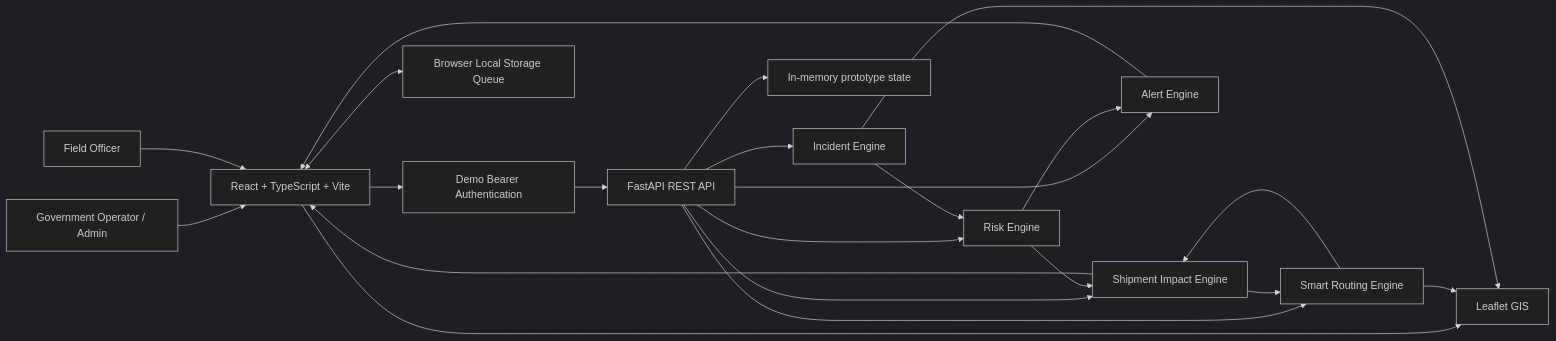
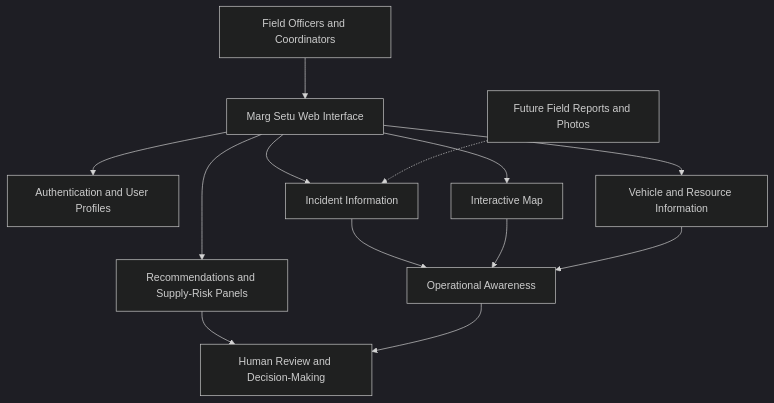
The diagram in README.md (Alliedbeast/MargSetu), drawn with Mermaid (dark theme) before and after one commit. The commit also changed other lines of this file, not shown here.

````diff
--- a/README.md
+++ b/README.md
@@ -72,46 +146,15 @@
 ```mermaid
-flowchart LR
-    U[Government Operator / Admin]
-    F[Field Officer]
-
-    UI[React + TypeScript + Vite]
-    MAP[Leaflet GIS]
-    API[FastAPI REST API]
-    AUTH[Demo Bearer Authentication]
-
-    RISK[Risk Engine]
-    INCIDENT[Incident Engine]
-    ROUTE[Smart Routing Engine]
-    SHIP[Shipment Impact Engine]
-    ALERT[Alert Engine]
-
-    STORE[In-memory prototype state]
-    LOCAL[Browser Local Storage Queue]
-
-    U --> UI
-    F --> UI
-
-    UI --> AUTH
-    AUTH --> API
-
-    UI --> MAP
-
-    API --> INCIDENT
-    API --> RISK
-    API --> ROUTE
-    API --> SHIP
-    API --> ALERT
-    API --> STORE
-
-    UI <--> LOCAL
-
-    INCIDENT --> RISK
-    RISK --> SHIP
-    SHIP --> ROUTE
-    RISK --> ALERT
-    ROUTE --> SHIP
-    ROUTE --> MAP
-    INCIDENT --> MAP
-    SHIP --> UI
-    ALERT --> UI
+flowchart TD
+    A[Field Officers and Coordinators] --> B[Marg Setu Web Interface]
+    B --> C[Authentication and User Profiles]
+    B --> D[Interactive Map]
+    B --> E[Incident Information]
+    B --> F[Vehicle and Resource Information]
+    B --> G[Recommendations and Supply-Risk Panels]
+    E --> H[Operational Awareness]
+    D --> H
+    F --> H
+    G --> I[Human Review and Decision-Making]
+    H --> I
+    J[Future Field Reports and Photos] -.-> E
 ```
````
